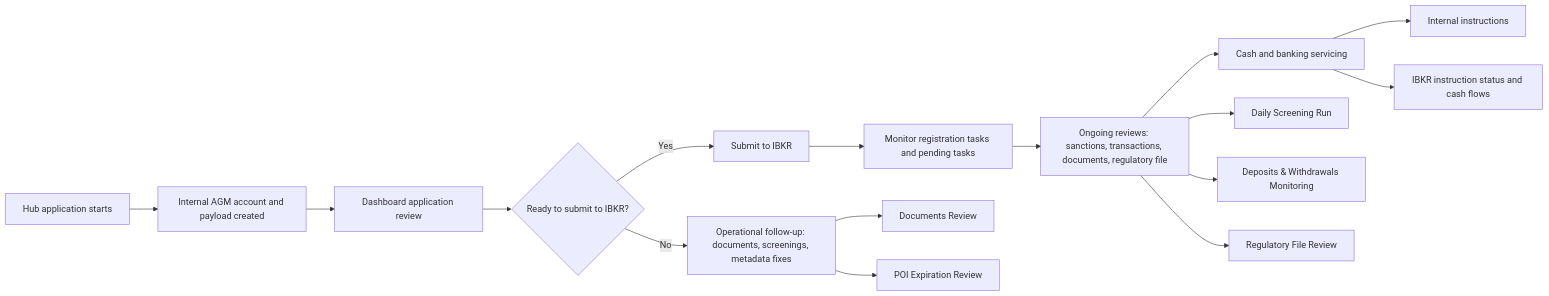
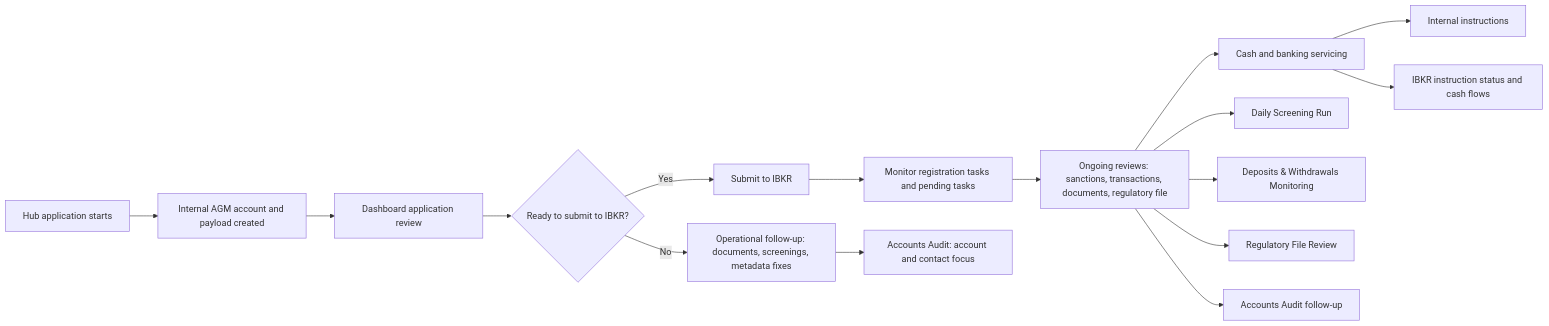
The diagram in processes/README.md (agmtrader/compliance), drawn with Mermaid before and after one commit. The commit also changed other lines of this file and 10 other files, not shown here.

````diff
--- a/processes/README.md
+++ b/processes/README.md
@@ -21,19 +21,19 @@
 ```mermaid
 flowchart LR
     A["Hub application starts"] --> B["Internal AGM account and payload created"]
     B --> C["Dashboard application review"]
     C --> D{"Ready to submit to IBKR?"}
     D -- "No" --> E["Operational follow-up: documents, screenings, metadata fixes"]
     D -- "Yes" --> F["Submit to IBKR"]
     F --> G["Monitor registration tasks and pending tasks"]
     G --> H["Ongoing reviews: sanctions, transactions, documents, regulatory file"]
     H --> I["Cash and banking servicing"]
 
-    E --> E1["Documents Review"]
-    E --> E2["POI Expiration Review"]
+    E --> E1["Accounts Audit: account and contact focus"]
     H --> H1["Daily Screening Run"]
     H --> H2["Deposits & Withdrawals Monitoring"]
     H --> H3["Regulatory File Review"]
+    H --> H4["Accounts Audit follow-up"]
     I --> I1["Internal instructions"]
     I --> I2["IBKR instruction status and cash flows"]
 ```
````
